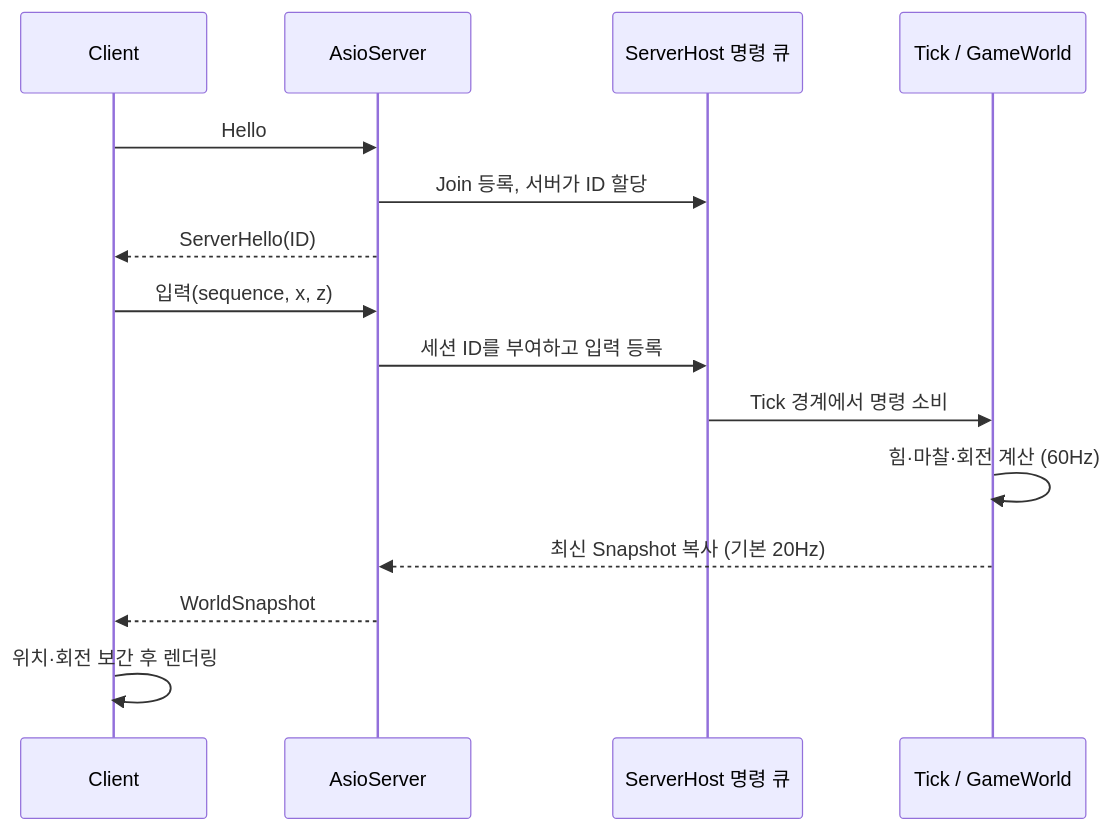
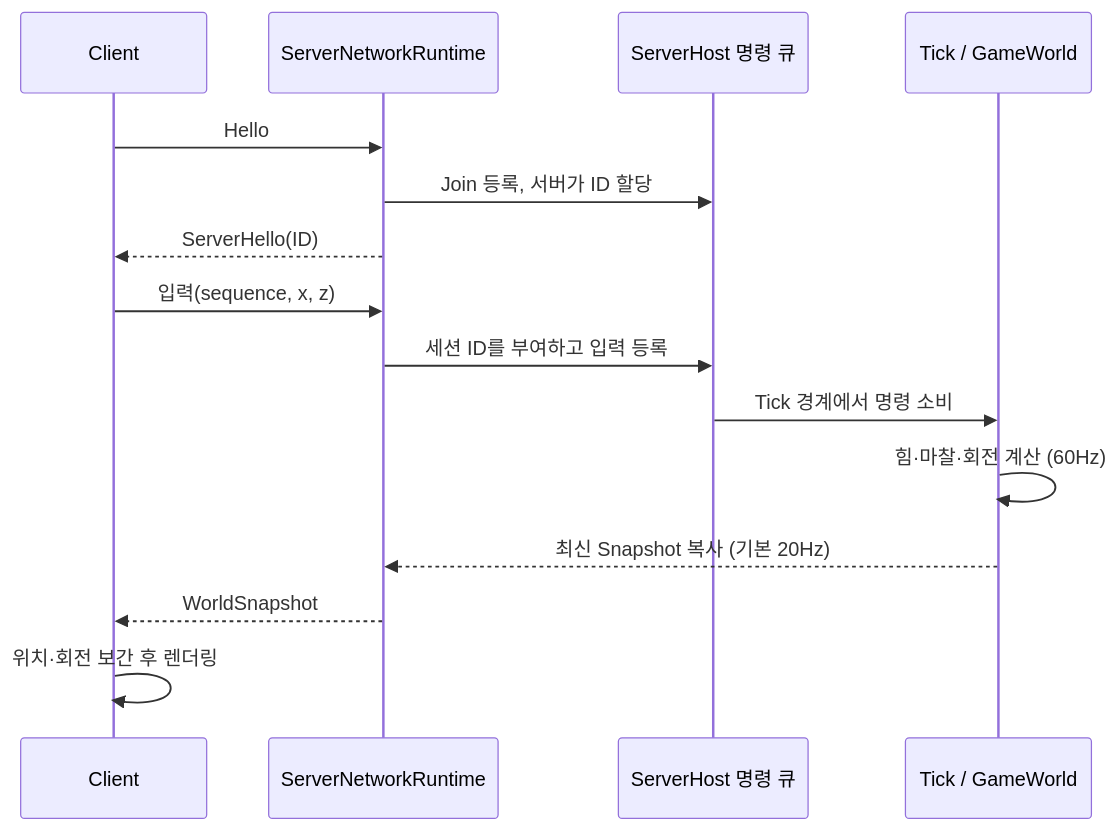
One commit to BaeJiwoo/MoongTangE changed the second of 3 diagrams in docs/SERVER_ARCHITECTURE.md. Above: the diagram before and after it, drawn with Mermaid. The commit also changed other lines of this file and 42 other files, not shown here.

````diff
--- a/docs/SERVER_ARCHITECTURE.md
+++ b/docs/SERVER_ARCHITECTURE.md
@@ -41,17 +43,17 @@
 ```mermaid
 sequenceDiagram
     participant Client as Client
-    participant Net as AsioServer
+    participant Net as ServerNetworkRuntime
     participant Queue as ServerHost 명령 큐
     participant World as Tick / GameWorld
     Client->>Net: Hello
     Net->>Queue: Join 등록, 서버가 ID 할당
     Net-->>Client: ServerHello(ID)
     Client->>Net: 입력(sequence, x, z)
     Net->>Queue: 세션 ID를 부여하고 입력 등록
     Queue->>World: Tick 경계에서 명령 소비
     World->>World: 힘·마찰·회전 계산 (60Hz)
     World-->>Net: 최신 Snapshot 복사 (기본 20Hz)
     Net-->>Client: WorldSnapshot
     Client->>Client: 위치·회전 보간 후 렌더링
 ```
````
